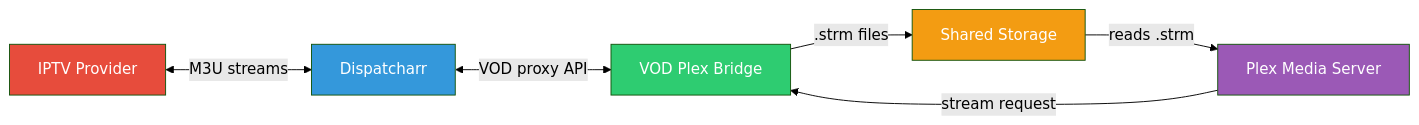
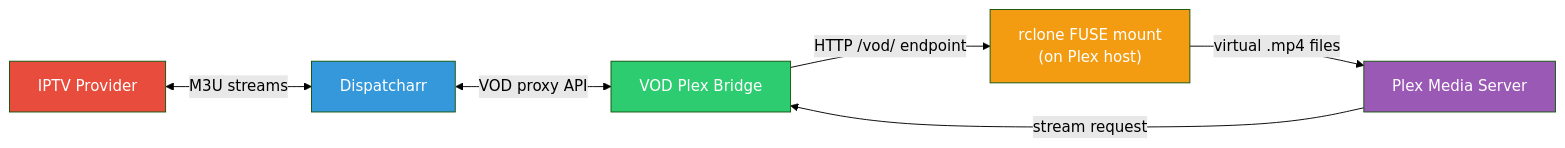
The first of 4 diagrams in README.md (knmplace/vod-plex-bridge), drawn with Mermaid (forest theme) before and after one commit. The commit also changed other lines of this file and 1 other file, not shown here.

First line of the commit message:
Document rclone FUSE mount setup for Plex integration

````diff
--- a/README.md
+++ b/README.md
@@ -12,14 +12,14 @@
 ```mermaid
 graph LR
     A[IPTV Provider] <-->|"M3U streams"| B[Dispatcharr]
     B <-->|"VOD proxy API"| C[VOD Plex Bridge]
-    C -->|".strm files"| D[Shared Storage]
-    D -->|"reads .strm"| E[Plex Media Server]
+    C -->|"HTTP /vod/ endpoint"| D["rclone FUSE mount<br/>(on Plex host)"]
+    D -->|"virtual .mp4 files"| E[Plex Media Server]
     E -->|"stream request"| C
 
     style A fill:#e74c3c,color:#fff
     style B fill:#3498db,color:#fff
     style C fill:#2ecc71,color:#fff
     style D fill:#f39c12,color:#fff
     style E fill:#9b59b6,color:#fff
 ```
````
